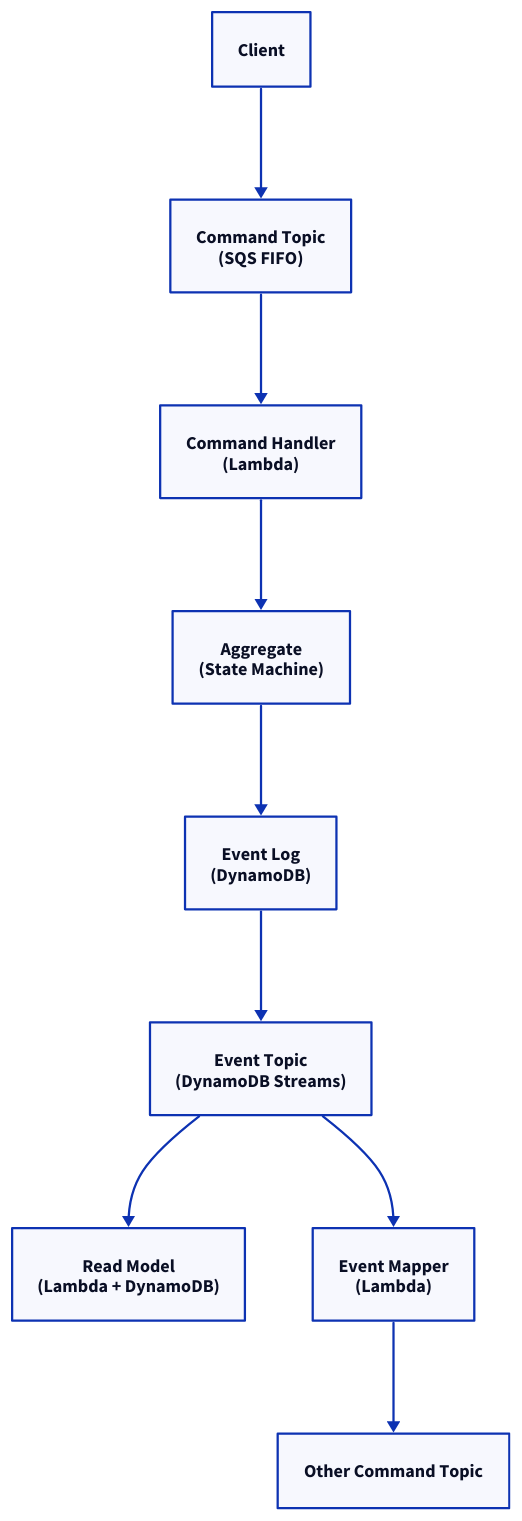
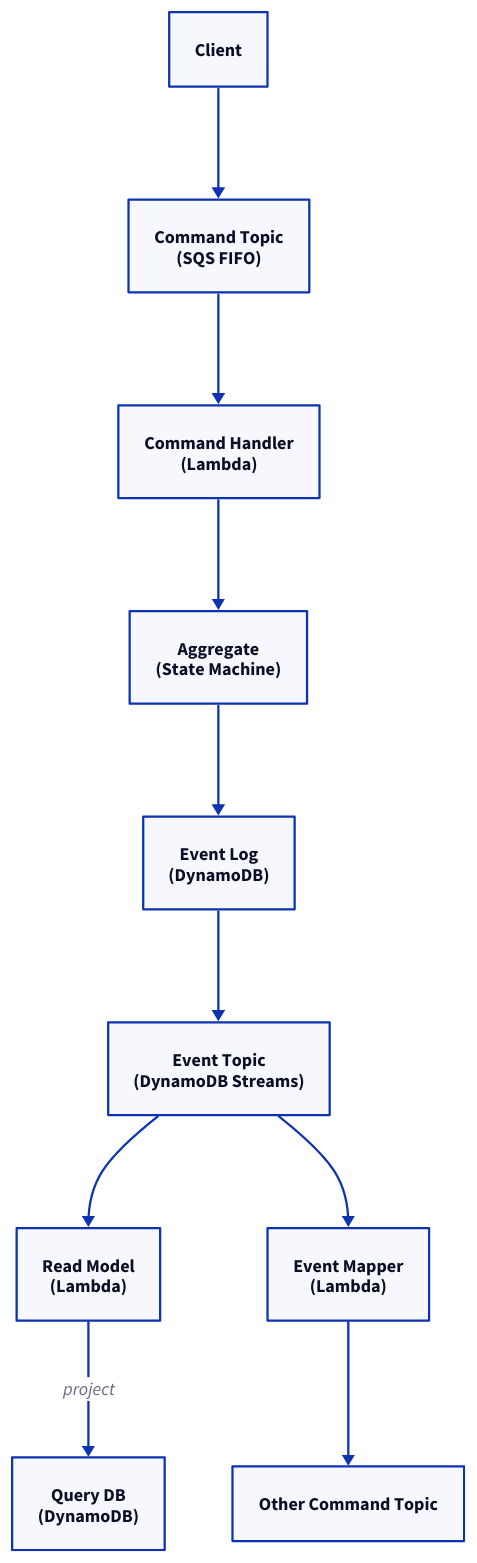
The diagram in packages/doc/docs-app/aggregates.md (ReventlessDev/reventless-core), drawn with D2 before and after one commit. The commit also changed other lines of this file and 48 other files, not shown here.

````diff
--- a/packages/doc/docs-app/aggregates.md
+++ b/packages/doc/docs-app/aggregates.md
@@ -22,20 +22,22 @@
 ```d2
 Client: Client { class: client }
 CommandTopic: "Command Topic\n(SQS FIFO)" { class: command-topic }
 Handler: "Command Handler\n(Lambda)" { class: aggregate }
 Aggregate: "Aggregate\n(State Machine)" { class: aggregate }
 EventLog: "Event Log\n(DynamoDB)" { class: event-log }
 EventTopic: "Event Topic\n(DynamoDB Streams)" { class: event-topic }
-ReadModel: "Read Model\n(Lambda + DynamoDB)" { class: read-model }
+ReadModel: "Read Model\n(Lambda)" { class: read-model }
+QueryDb: "Query DB\n(DynamoDB)" { class: query-db }
 EventMapper: "Event Mapper\n(Lambda)" { class: event-mapper }
 OtherCommandTopic: Other Command Topic { class: command-topic }
 
 Client -> CommandTopic: { class: command-flow }
 CommandTopic -> Handler: { class: command-flow }
 Handler -> Aggregate: { class: command-flow }
 Aggregate -> EventLog: { class: event-flow }
 EventLog -> EventTopic: { class: event-flow }
-EventTopic -> ReadModel: { class: projection-flow }
+EventTopic -> ReadModel: { class: event-flow }
+ReadModel -> QueryDb: project { class: projection-flow }
 EventTopic -> EventMapper: { class: event-flow }
 EventMapper -> OtherCommandTopic: { class: command-flow }
 ```
````
